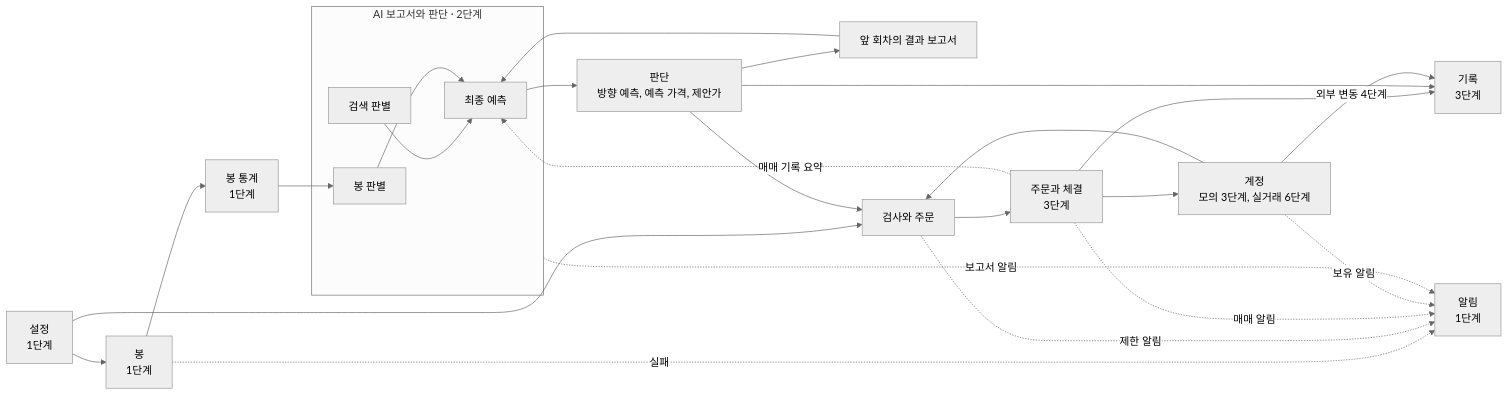
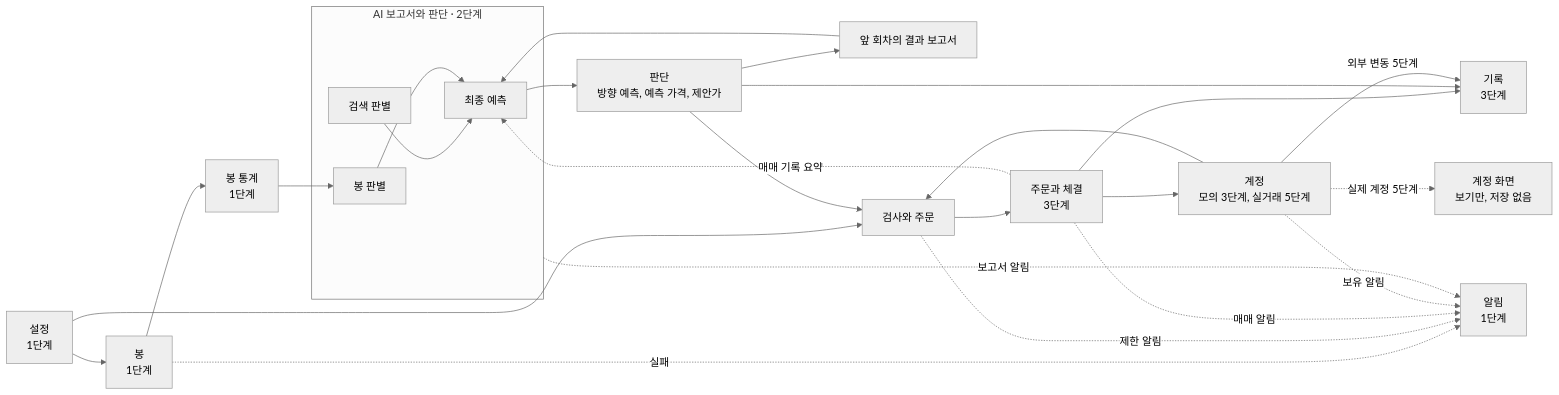
One commit to khy920723/coin-report-trader changed the third of 3 diagrams in docs/architecture.md. Above: the diagram before and after it, drawn with Mermaid (neutral theme). The commit also changed other lines of this file and 5 other files, not shown here.

````diff
--- a/docs/architecture.md
+++ b/docs/architecture.md
@@ -258,31 +261,32 @@
 ```mermaid
 flowchart LR
     S[설정<br/>1단계] --> K[봉<br/>1단계]
     K --> T[봉 통계<br/>1단계]
     T --> B2[봉 판별]
     subgraph R[AI 보고서와 판단 · 2단계]
         B1[검색 판별]
         B2
         B3[최종 예측]
         B1 --> B3
         B2 --> B3
     end
     PR[앞 회차의 결과 보고서] --> B3
     B3 --> J[판단<br/>방향 예측, 예측 가격, 제안가]
     J --> PR
-    AC[계정<br/>모의 3단계, 실거래 6단계] --> CHK[검사와 주문]
+    AC[계정<br/>모의 3단계, 실거래 5단계] --> CHK[검사와 주문]
     S --> CHK
     J --> CHK
     CHK --> O[주문과 체결<br/>3단계]
     O --> AC
     O --> REC[기록<br/>3단계]
     J --> REC
-    AC -- 외부 변동 4단계 --> REC
+    AC -- 외부 변동 5단계 --> REC
+    AC -. 실제 계정 5단계 .-> ACV[계정 화면<br/>보기만, 저장 없음]
     O -. 매매 기록 요약 .-> B3
     AL[알림<br/>1단계]
     K -. 실패 .-> AL
     R -. 보고서 알림 .-> AL
     CHK -. 제한 알림 .-> AL
     O -. 매매 알림 .-> AL
     AC -. 보유 알림 .-> AL
 ```
````
